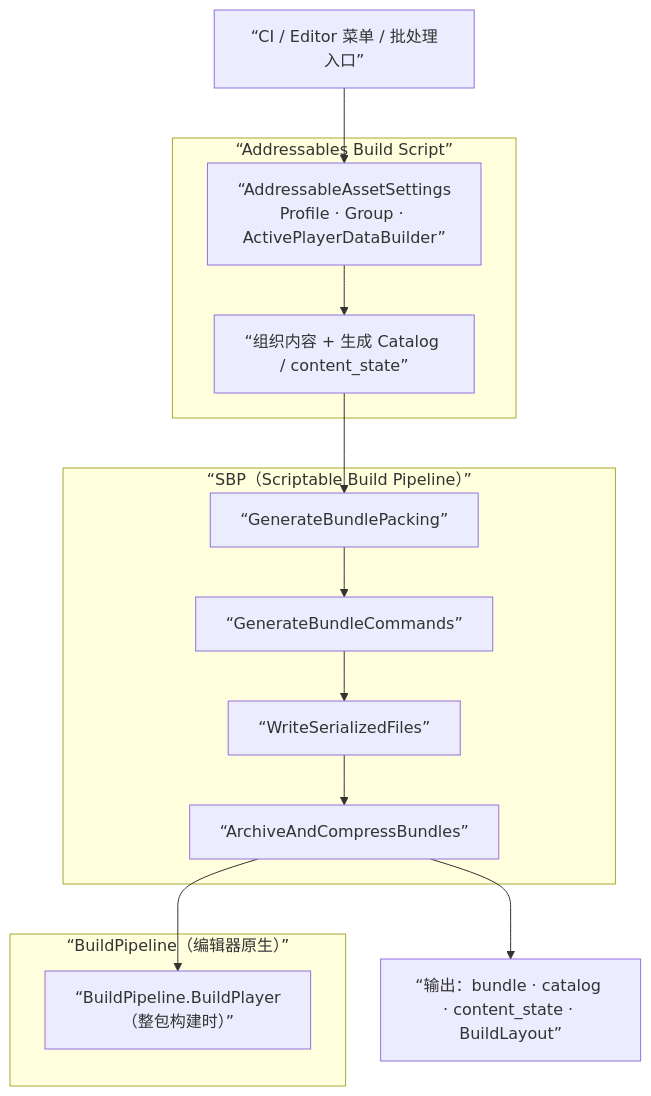
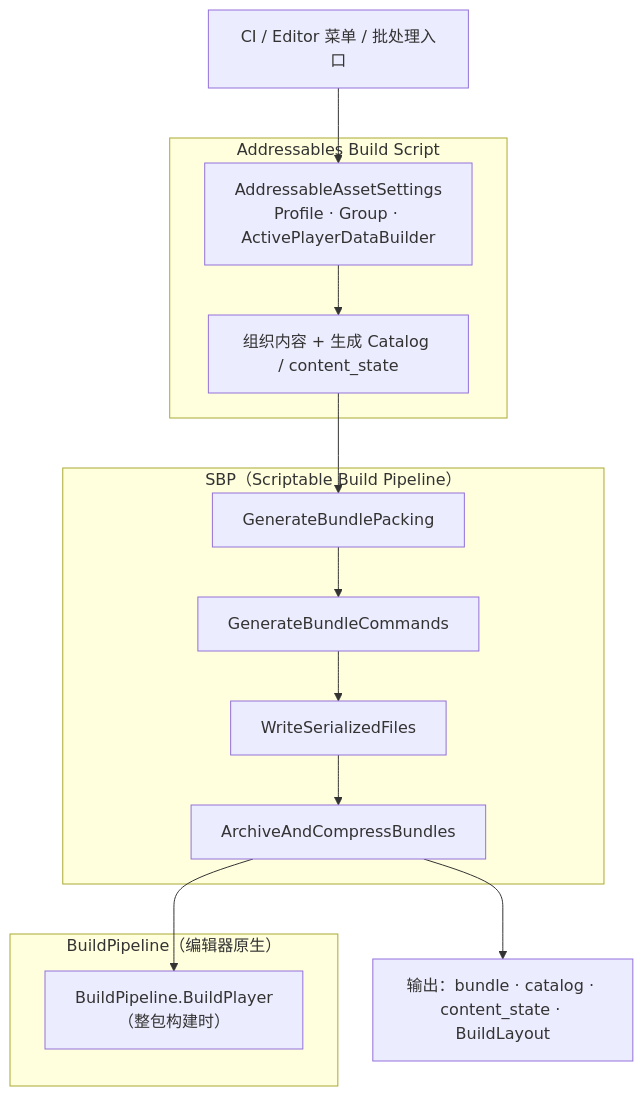
Before and after one commit to TwoEggDu/twoegg-tech-stack: the diagram in content/engine-toolchain/unity-buildpipeline-sbp-addressables-build-script-layering.md, drawn with Mermaid. The commit also changed other lines of this file and 165 other files, not shown here.

````diff
--- a/content/engine-toolchain/unity-buildpipeline-sbp-addressables-build-script-layering.md
+++ b/content/engine-toolchain/unity-buildpipeline-sbp-addressables-build-script-layering.md
@@ -197,20 +197,20 @@
 ```mermaid
 flowchart TD
-    A[“CI / Editor 菜单 / 批处理入口”] --> B
-    subgraph Layer3[“Addressables Build Script”]
-        B[“AddressableAssetSettings<br/>Profile · Group · ActivePlayerDataBuilder”]
-        B --> C[“组织内容 + 生成 Catalog / content_state”]
+    A["CI / Editor 菜单 / 批处理入口"] --> B
+    subgraph Layer3["Addressables Build Script"]
+        B["AddressableAssetSettings<br/>Profile · Group · ActivePlayerDataBuilder"]
+        B --> C["组织内容 + 生成 Catalog / content_state"]
     end
     C --> D
-    subgraph Layer2[“SBP（Scriptable Build Pipeline）”]
-        D[“GenerateBundlePacking”]
-        D --> E[“GenerateBundleCommands”]
-        E --> F[“WriteSerializedFiles”]
-        F --> G[“ArchiveAndCompressBundles”]
+    subgraph Layer2["SBP（Scriptable Build Pipeline）"]
+        D["GenerateBundlePacking"]
+        D --> E["GenerateBundleCommands"]
+        E --> F["WriteSerializedFiles"]
+        F --> G["ArchiveAndCompressBundles"]
     end
     G --> H
-    subgraph Layer1[“BuildPipeline（编辑器原生）”]
-        H[“BuildPipeline.BuildPlayer<br/>（整包构建时）”]
+    subgraph Layer1["BuildPipeline（编辑器原生）"]
+        H["BuildPipeline.BuildPlayer<br/>（整包构建时）"]
     end
-    G --> I[“输出：bundle · catalog · content_state · BuildLayout”]
+    G --> I["输出：bundle · catalog · content_state · BuildLayout"]
 ```
````
